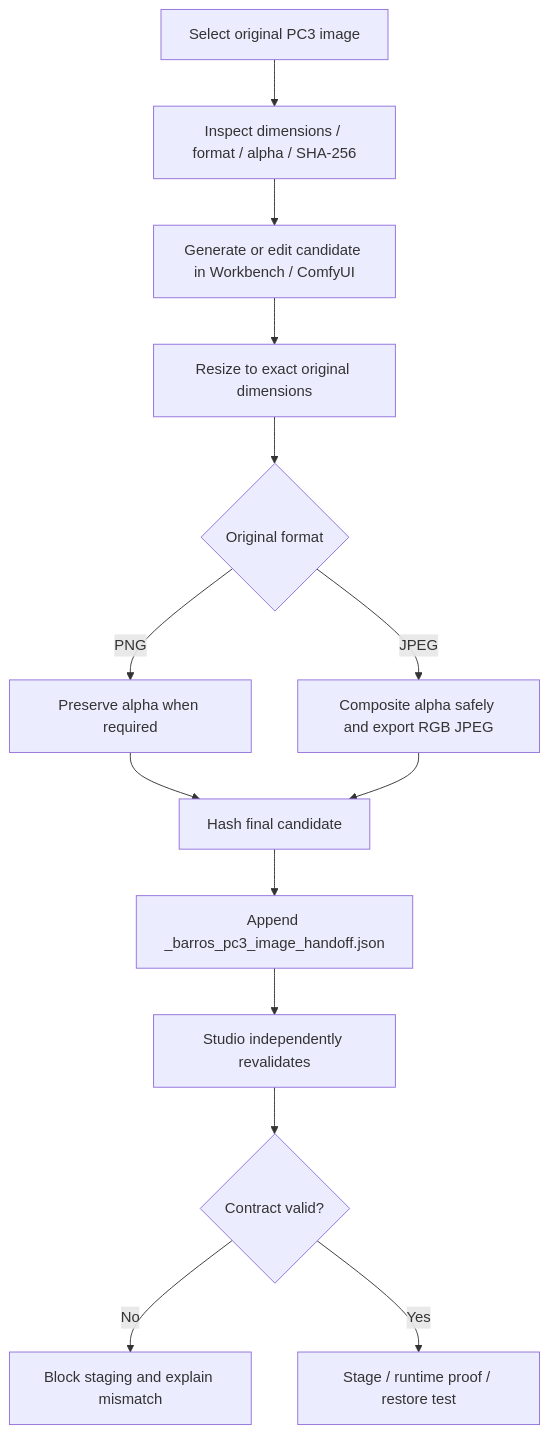
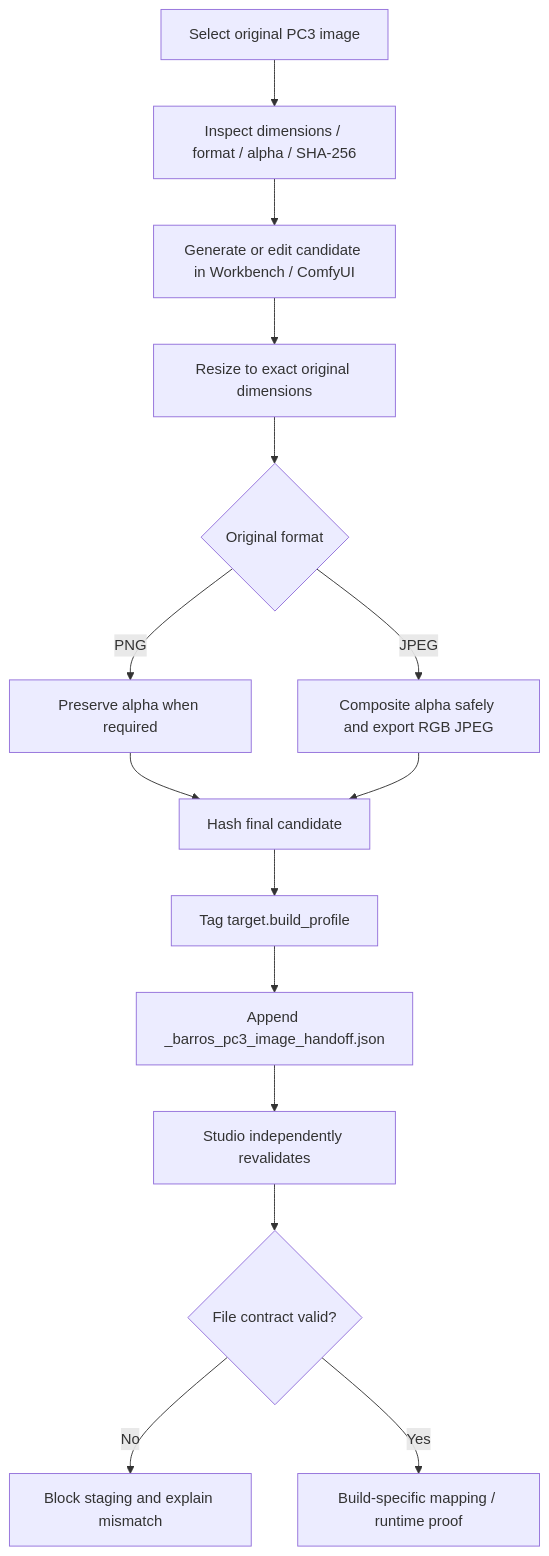
Before and after one commit to Ghenghis/Barros-Pizza-Creator: the fourth of 5 diagrams in docs/ECOSYSTEM_V2_ARCHITECTURE.md, drawn with Mermaid. The commit also changed other lines of this file, not shown here.

Commit message:
Document dual PC3 builds, Creator JPEG parser, build-aware agents and recovery

````diff
--- a/docs/ECOSYSTEM_V2_ARCHITECTURE.md
+++ b/docs/ECOSYSTEM_V2_ARCHITECTURE.md
@@ -77,16 +140,17 @@
 ```mermaid
 flowchart TD
     A[Select original PC3 image] --> B[Inspect dimensions / format / alpha / SHA-256]
     B --> C[Generate or edit candidate in Workbench / ComfyUI]
     C --> D[Resize to exact original dimensions]
     D --> E{Original format}
     E -->|PNG| F[Preserve alpha when required]
     E -->|JPEG| J[Composite alpha safely and export RGB JPEG]
     F --> H[Hash final candidate]
     J --> H
-    H --> I[Append _barros_pc3_image_handoff.json]
+    H --> BP[Tag target.build_profile]
+    BP --> I[Append _barros_pc3_image_handoff.json]
     I --> S[Studio independently revalidates]
-    S --> K{Contract valid?}
+    S --> K{File contract valid?}
     K -->|No| X[Block staging and explain mismatch]
-    K -->|Yes| P[Stage / runtime proof / restore test]
+    K -->|Yes| P[Build-specific mapping / runtime proof]
 ```
````
